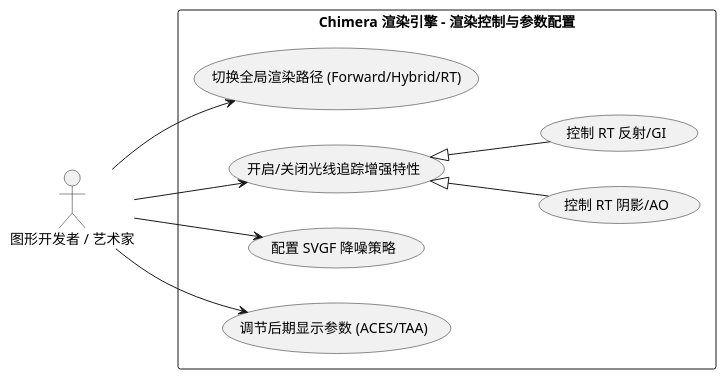
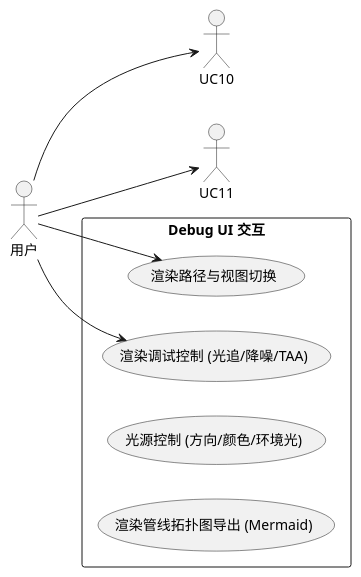
The second of 17 diagrams in RenderGraph_Architecture_Diagrams.md (CadenXc/HybridRenderer), drawn with PlantUML before and after one commit. The commit also changed other lines of this file and 3 other files, not shown here.

````diff
--- a/RenderGraph_Architecture_Diagrams.md
+++ b/RenderGraph_Architecture_Diagrams.md
@@ -40,27 +37,21 @@
 ```plantuml
 @startuml
 left to right direction
 skinparam packageStyle rectangle
 
-actor "图形开发者 / 艺术家" as User
+actor "用户" as User
 
-rectangle "Chimera 渲染引擎 - 渲染控制与参数配置" {
-    usecase "切换全局渲染路径 (Forward/Hybrid/RT)" as UC7
-    usecase "开启/关闭光线追踪增强特性" as UC8
-    usecase "配置 SVGF 降噪策略" as UC9
-    usecase "调节后期显示参数 (ACES/TAA)" as UC10
-    
-    usecase "控制 RT 阴影/AO" as UC8_1
-    usecase "控制 RT 反射/GI" as UC8_2
+rectangle "Debug UI 交互" {
+    usecase "渲染路径与视图切换" as UC6
+    usecase "渲染调试控制 (光追/降噪/TAA)" as UC7
+    usecase "光源控制 (方向/颜色/环境光)" as UC8
+    usecase "渲染管线拓扑图导出 (Mermaid)" as UC9
 }
 
+User --> UC6
 User --> UC7
-User --> UC8
-User --> UC9
 User --> UC10
-
-UC8 <|-- UC8_1
-UC8 <|-- UC8_2
+User --> UC11
 
 @enduml
 ```
````
